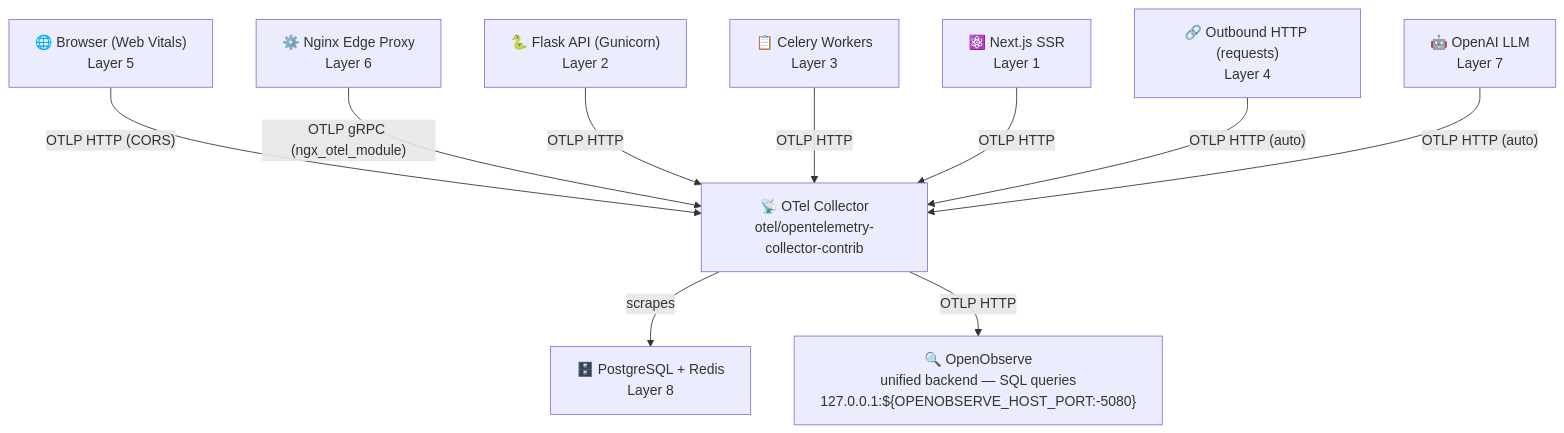
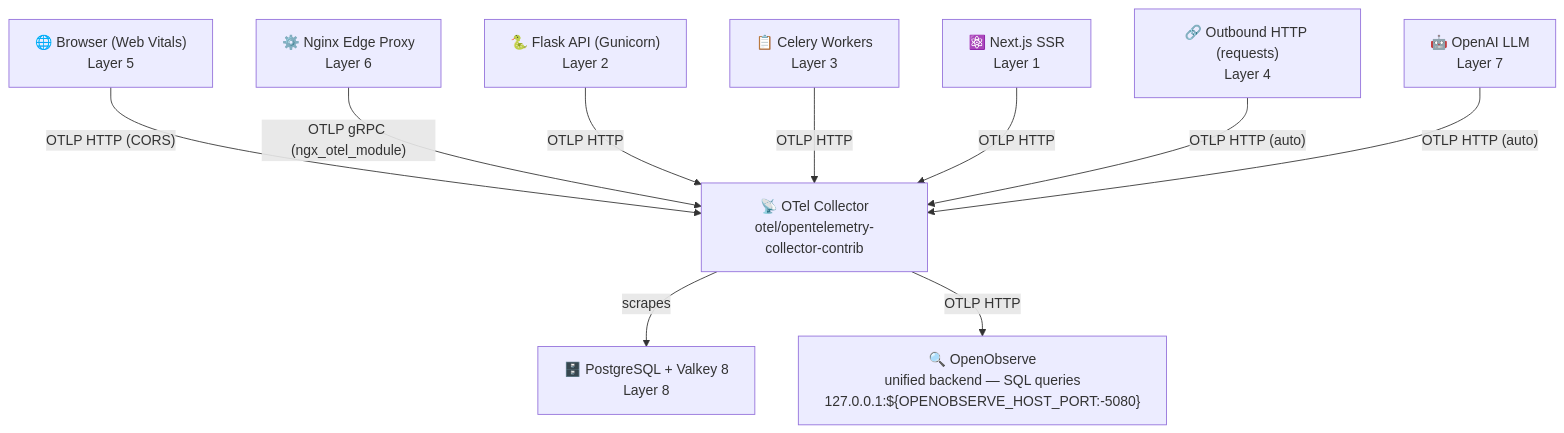
One commit to sebastiankruk/iqoqo changed the diagram in docs/MONITORING.md. Above: the diagram before and after it, drawn with Mermaid. The commit also changed other lines of this file and 220 other files, not shown here.

````diff
--- a/docs/MONITORING.md
+++ b/docs/MONITORING.md
@@ -12,25 +12,25 @@
 ```mermaid
 graph TD
     B["🌐 Browser (Web Vitals)<br/>Layer 5"]
     N["⚙️ Nginx Edge Proxy<br/>Layer 6"]
     F["🐍 Flask API (Gunicorn)<br/>Layer 2"]
     C["📋 Celery Workers<br/>Layer 3"]
     NX["⚛️ Next.js SSR<br/>Layer 1"]
     H["🔗 Outbound HTTP (requests)<br/>Layer 4"]
     LLM["🤖 OpenAI LLM<br/>Layer 7"]
-    DB["🗄️ PostgreSQL + Redis<br/>Layer 8"]
+    DB["🗄️ PostgreSQL + Valkey 8<br/>Layer 8"]
 
     B -->|"OTLP HTTP (CORS)"| COL
     N -->|"OTLP gRPC (ngx_otel_module)"| COL
     F -->|"OTLP HTTP"| COL
     C -->|"OTLP HTTP"| COL
     NX -->|"OTLP HTTP"| COL
     H -->|"OTLP HTTP (auto)"| COL
     LLM -->|"OTLP HTTP (auto)"| COL
     COL -->|"scrapes"| DB
 
     COL["📡 OTel Collector<br/>otel/opentelemetry-collector-contrib"]
     COL -->|"OTLP HTTP"| OO
 
     OO["🔍 OpenObserve<br/>unified backend — SQL queries<br/>127.0.0.1:${OPENOBSERVE_HOST_PORT:-5080}"]
 ```
````
